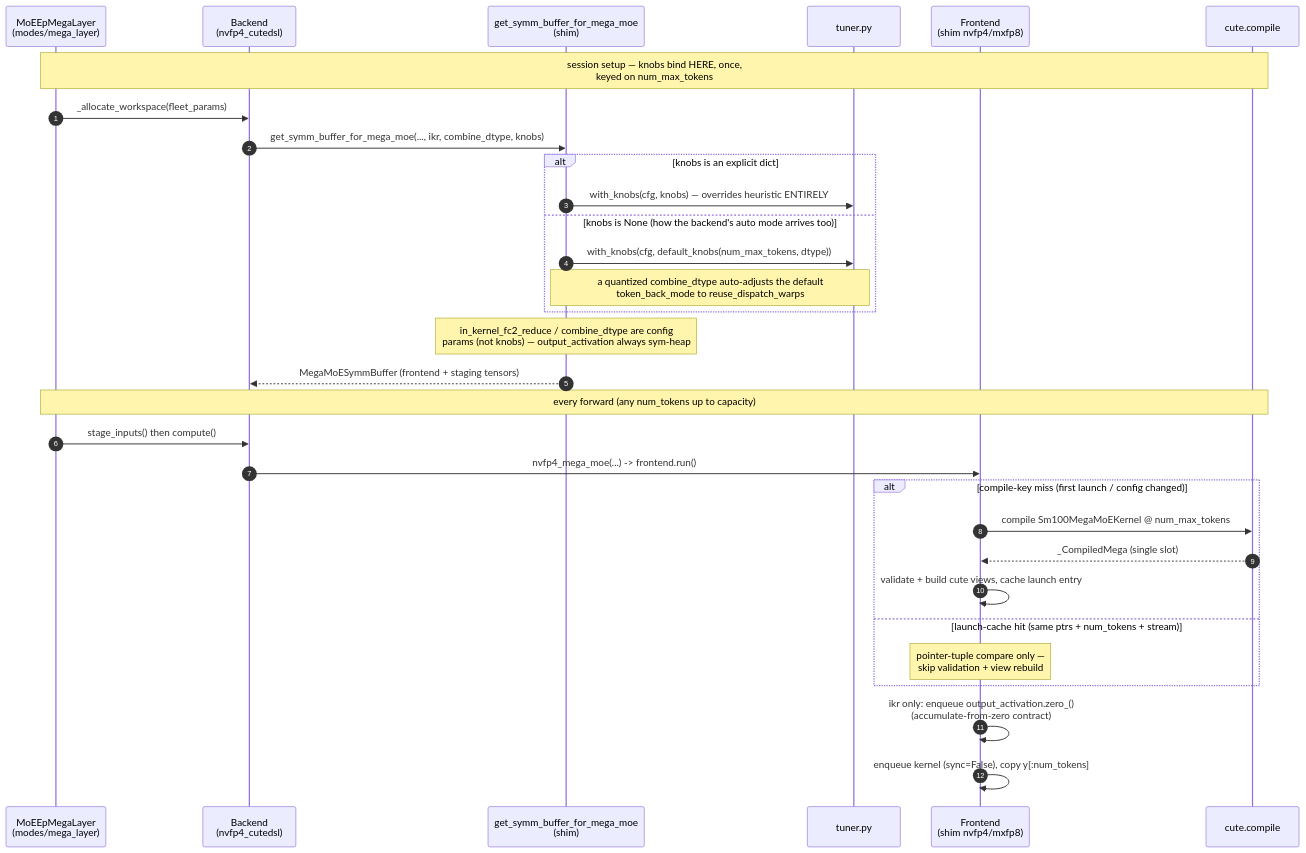
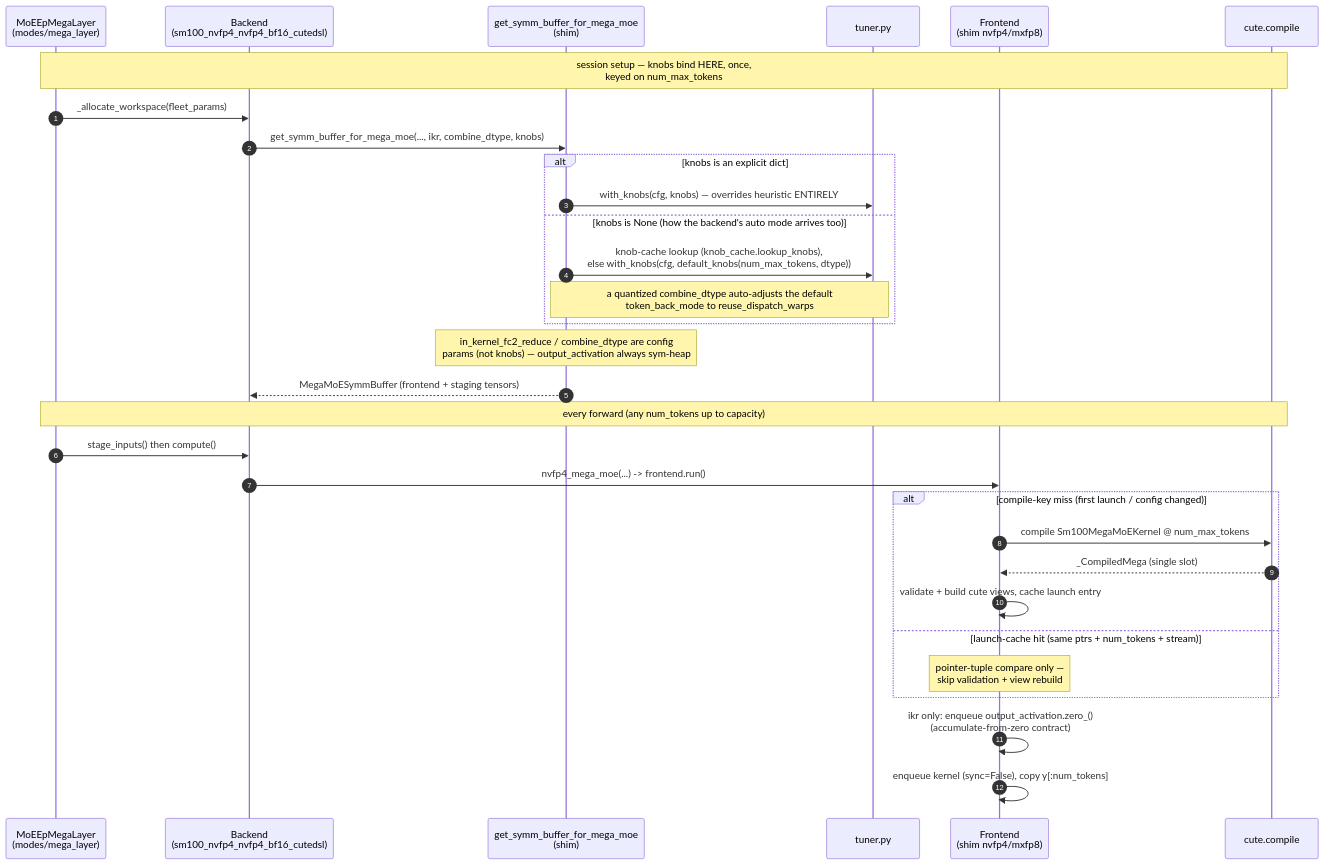
Before and after one commit to avesed/vllm-ampere-optimized: the first of 2 diagrams in flashinfer/flashinfer/moe_ep/kernel_src/cutedsl_megamoe/TUNING.md, drawn with Mermaid. The commit also changed other lines of this file and 3075 other files, not shown here.

````diff
--- a/flashinfer/flashinfer/moe_ep/kernel_src/cutedsl_megamoe/TUNING.md
+++ b/flashinfer/flashinfer/moe_ep/kernel_src/cutedsl_megamoe/TUNING.md
@@ -183,35 +382,35 @@
 ```mermaid
 sequenceDiagram
     autonumber
     participant L as MoEEpMegaLayer<br/>(modes/mega_layer)
-    participant B as Backend<br/>(nvfp4_cutedsl)
+    participant B as Backend<br/>(sm100_nvfp4_nvfp4_bf16_cutedsl)
     participant S as get_symm_buffer_for_mega_moe<br/>(shim)
     participant T as tuner.py
     participant F as Frontend<br/>(shim nvfp4/mxfp8)
     participant C as cute.compile
 
     Note over L,C: session setup — knobs bind HERE, once,<br/>keyed on num_max_tokens
     L->>B: _allocate_workspace(fleet_params)
     B->>S: get_symm_buffer_for_mega_moe(..., ikr, combine_dtype, knobs)
     alt knobs is an explicit dict
         S->>T: with_knobs(cfg, knobs) — overrides heuristic ENTIRELY
     else knobs is None (how the backend's auto mode arrives too)
-        S->>T: with_knobs(cfg, default_knobs(num_max_tokens, dtype))
+        S->>T: knob-cache lookup (knob_cache.lookup_knobs),<br/>else with_knobs(cfg, default_knobs(num_max_tokens, dtype))
         Note over S,T: a quantized combine_dtype auto-adjusts the default<br/>token_back_mode to reuse_dispatch_warps
     end
     Note over S: in_kernel_fc2_reduce / combine_dtype are config<br/>params (not knobs) — output_activation always sym-heap
     S-->>B: MegaMoESymmBuffer (frontend + staging tensors)
 
     Note over L,C: every forward (any num_tokens up to capacity)
     L->>B: stage_inputs() then compute()
     B->>F: nvfp4_mega_moe(...) -> frontend.run()
     alt compile-key miss (first launch / config changed)
         F->>C: compile Sm100MegaMoEKernel @ num_max_tokens
         C-->>F: _CompiledMega (single slot)
         F->>F: validate + build cute views, cache launch entry
     else launch-cache hit (same ptrs + num_tokens + stream)
         Note over F: pointer-tuple compare only —<br/>skip validation + view rebuild
     end
     F->>F: ikr only: enqueue output_activation.zero_()<br/>(accumulate-from-zero contract)
     F->>F: enqueue kernel (sync=False), copy y[:num_tokens]
 ```
````
